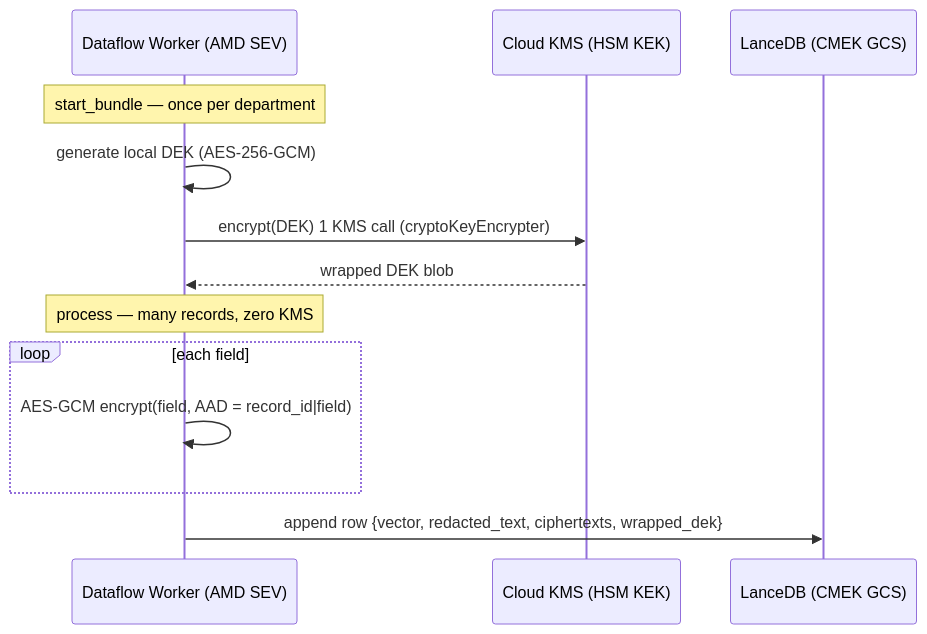
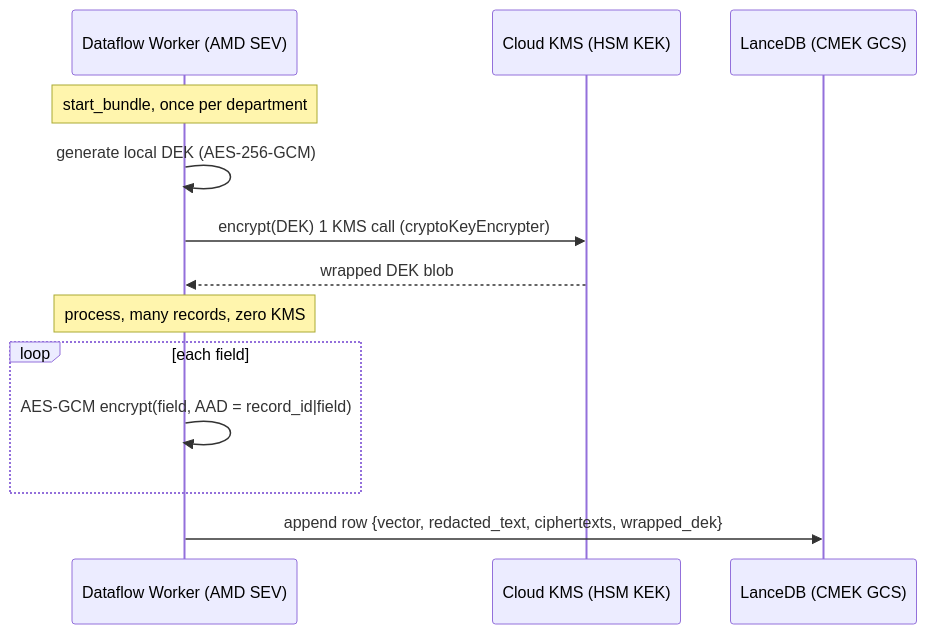
One commit to rokolotowicz/GCP-AI-Data-Sovereignty changed the second of 3 diagrams in README.md. Above: the diagram before and after it, drawn with Mermaid. The commit also changed other lines of this file, not shown here.

````diff
--- a/README.md
+++ b/README.md
@@ -157,16 +157,16 @@
 ```mermaid
 sequenceDiagram
     participant W as Dataflow Worker (AMD SEV)
     participant K as Cloud KMS (HSM KEK)
     participant L as LanceDB (CMEK GCS)
 
-    Note over W: start_bundle — once per department
+    Note over W: start_bundle, once per department
     W->>W: generate local DEK (AES-256-GCM)
     W->>K: encrypt(DEK)   1 KMS call (cryptoKeyEncrypter)
     K-->>W: wrapped DEK blob
-    Note over W: process — many records, zero KMS
+    Note over W: process, many records, zero KMS
     loop each field
         W->>W: AES-GCM encrypt(field, AAD = record_id|field)
     end
     W->>L: append row {vector, redacted_text, ciphertexts, wrapped_dek}
 ```
````
